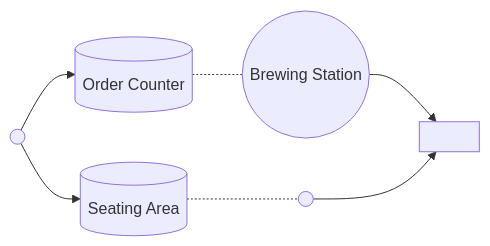
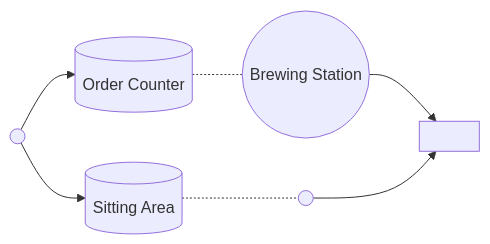
One commit to MKRadius/JavaOOP changed the first of 2 diagrams in Week_4/OrientationTask/WritingTask.md. Above: the diagram before and after it, drawn with Mermaid. The commit also changed other lines of this file, not shown here.

````diff
--- a/Week_4/OrientationTask/WritingTask.md
+++ b/Week_4/OrientationTask/WritingTask.md
@@ -55,12 +55,11 @@
 ```mermaid
 flowchart LR
     nowhere1[ ] --> buffer1[(Order Counter)]
 
     buffer1 -.- servicepoint((Brewing Station))
     servicepoint --> nowhere2[ ]
 
-    nowhere1(( )) --> buffer2[(Seating Area)]
+    nowhere1(( )) --> buffer2[(Sitting Area)]
     buffer2 -.- servicepoint2(( ))
     servicepoint2 --> nowhere2
-
 ```
````
